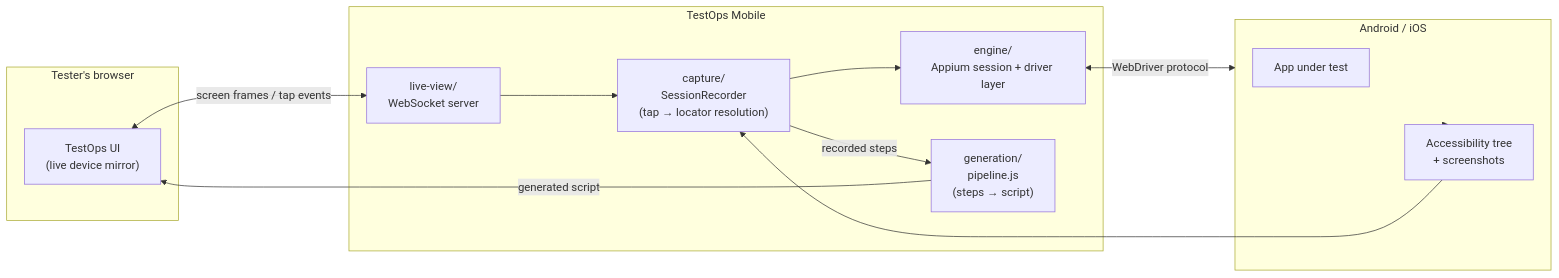
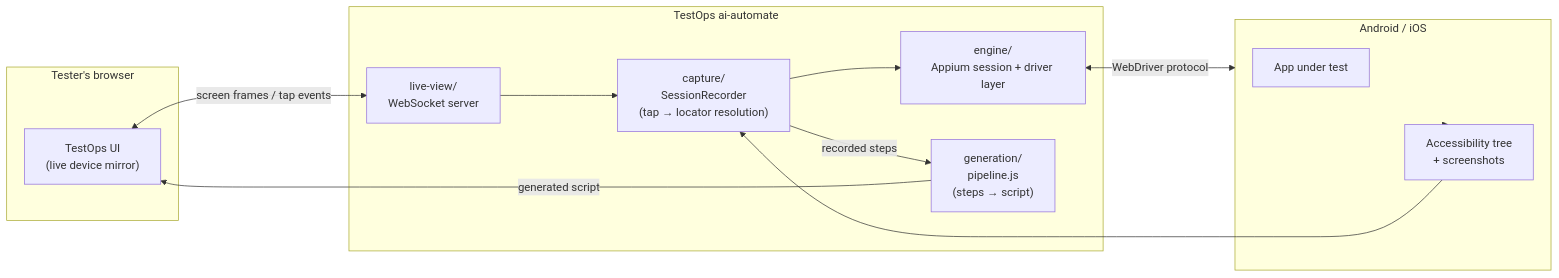
One commit to prabathkumar/phoenix changed the diagram in README.md. Above: the diagram before and after it, drawn with Mermaid. The commit also changed other lines of this file and 50 other files, not shown here.

First line of the commit message:
Rename product display name: TestOps Mobile -> TestOps ai-automate (prose/titles only; env vars and package names unchanged)

````diff
--- a/README.md
+++ b/README.md
@@ -45,27 +45,27 @@
 ```mermaid
 flowchart LR
     subgraph Tester["Tester's browser"]
         UI["TestOps UI\n(live device mirror)"]
     end
 
-    subgraph TestOps Mobile["TestOps Mobile"]
+    subgraph TestOps ai-automate["TestOps ai-automate"]
         LV["live-view/\nWebSocket server"]
         ENG["engine/\nAppium session + driver layer"]
         CAP["capture/\nSessionRecorder\n(tap → locator resolution)"]
         GEN["generation/\npipeline.js\n(steps → script)"]
     end
 
     subgraph Device["Android / iOS"]
         APP["App under test"]
         A11Y["Accessibility tree\n+ screenshots"]
     end
 
     UI <-- "screen frames / tap events" --> LV
     LV --> CAP
     CAP --> ENG
     ENG <-- "WebDriver protocol" --> Device
     Device --> A11Y
     A11Y --> CAP
     CAP -- "recorded steps" --> GEN
     GEN -- "generated script" --> UI
 ```
````
